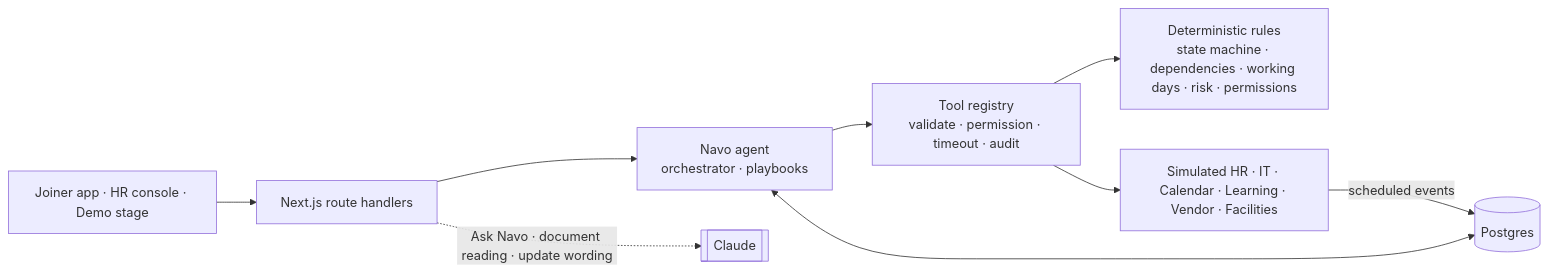
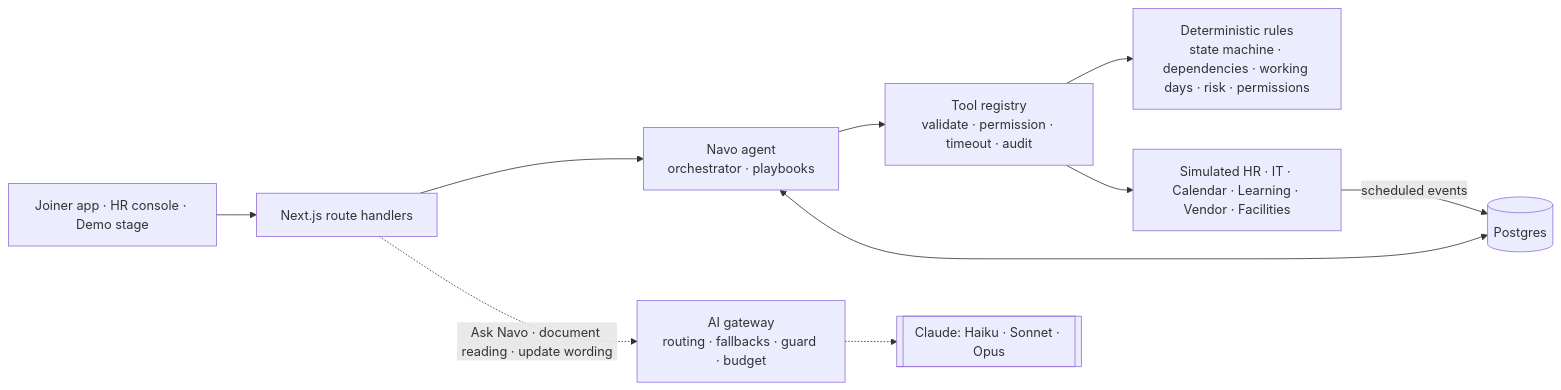
Before and after one commit to KumarAnandSingh/NAVO-Agent-that-handles-Onboarding: the diagram in README.md, drawn with Mermaid. The commit also changed other lines of this file and 9 other files, not shown here.

First line of the commit message:
Document the enterprise architecture, security and privacy, cost per onboarding and the API

````diff
--- a/README.md
+++ b/README.md
@@ -66,11 +70,12 @@
 ```mermaid
 flowchart LR
   UI["Joiner app · HR console · Demo stage"] --> API["Next.js route handlers"]
   API --> Agent["Navo agent<br/>orchestrator · playbooks"]
   Agent --> Tools["Tool registry<br/>validate · permission · timeout · audit"]
   Tools --> Domain["Deterministic rules<br/>state machine · dependencies · working days · risk · permissions"]
   Tools --> Mocks["Simulated HR · IT · Calendar · Learning · Vendor · Facilities"]
   Mocks -- "scheduled events" --> DB[("Postgres")]
   Agent <--> DB
-  API -. "Ask Navo · document reading · update wording" .-> Claude[["Claude"]]
+  API -. "Ask Navo · document reading · update wording" .-> GW["AI gateway<br/>routing · fallbacks · guard · budget"]
+  GW -.-> Claude[["Claude: Haiku · Sonnet · Opus"]]
 ```
````
